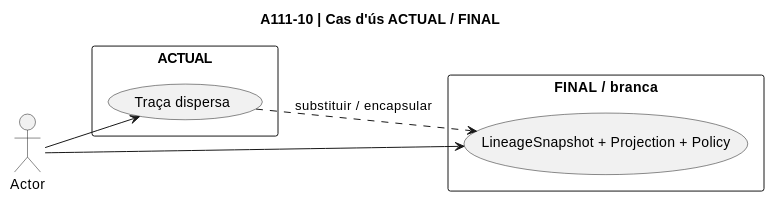
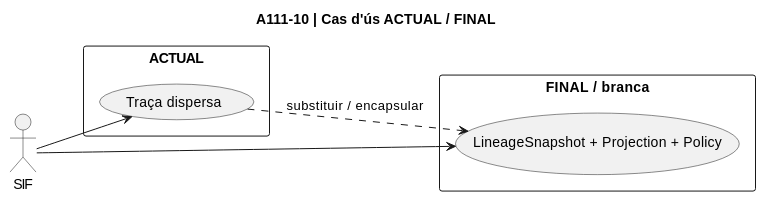
One commit to orgmeriemprismacat-del/verifactu changed diagram 37 of 48 in documentacio/07-uml-integrat/uc-111-diagrames-per-accio.md. Above: the diagram before and after it, drawn with PlantUML. The commit also changed other lines of this file, not shown here.

Commit message:
fix docs UC-111: restore explicit actor declarations in all 12 per-action use-case diagrams

````diff
--- a/documentacio/07-uml-integrat/uc-111-diagrames-per-accio.md
+++ b/documentacio/07-uml-integrat/uc-111-diagrames-per-accio.md
@@ -710,15 +719,16 @@
 ```plantuml
 @startuml
 title A111-10 | Cas d'ús ACTUAL / FINAL
 left to right direction
+actor "SIF" as Actor
 rectangle "ACTUAL" {
   usecase "Traça dispersa" as Current
 }
 rectangle "FINAL / branca" {
   usecase "LineageSnapshot + Projection + Policy" as Target
 }
 Actor --> Current
 Actor --> Target
 Current ..> Target : substituir / encapsular
 @enduml
 ```
````
